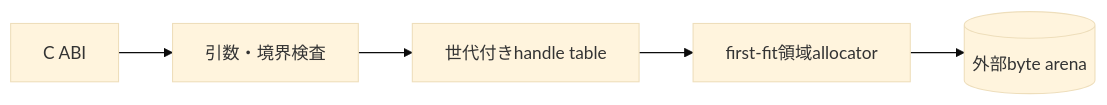
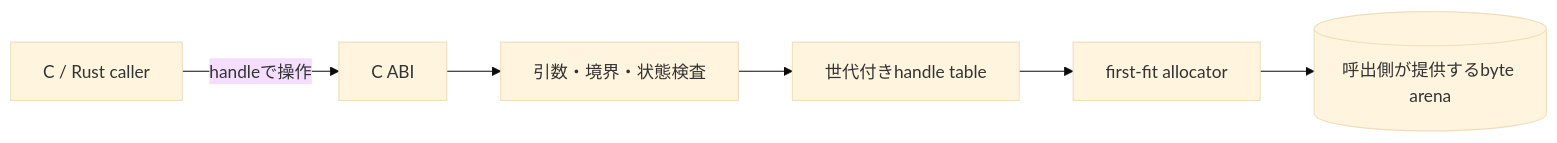
The first of 3 diagrams in memory-buffer/docs/architecture.md (kingoro/sample-sandbox), drawn with Mermaid (base theme) before and after one commit. The commit also changed other lines of this file and 17 other files, not shown here.

````diff
--- a/memory-buffer/docs/architecture.md
+++ b/memory-buffer/docs/architecture.md
@@ -34,13 +9,15 @@
 ```mermaid
 flowchart LR
-    C["C ABI"]
-    Validation["引数・境界検査"]
+    Caller["C / Rust caller"]
+    API["C ABI"]
+    Validation["引数・境界・状態検査"]
     Handles["世代付きhandle table"]
-    Allocator["first-fit領域allocator"]
-    Arena[("外部byte arena")]
+    Allocator["first-fit allocator"]
+    Arena[("呼出側が提供するbyte arena")]
 
-    C --> Validation
+    Caller -->|"handleで操作"| API
+    API --> Validation
     Validation --> Handles
     Handles --> Allocator
     Allocator --> Arena
 ```
````
